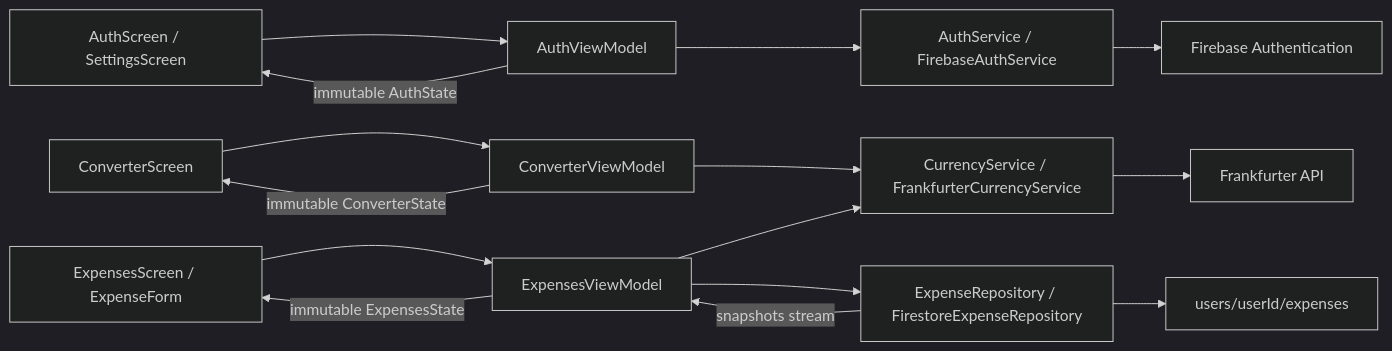
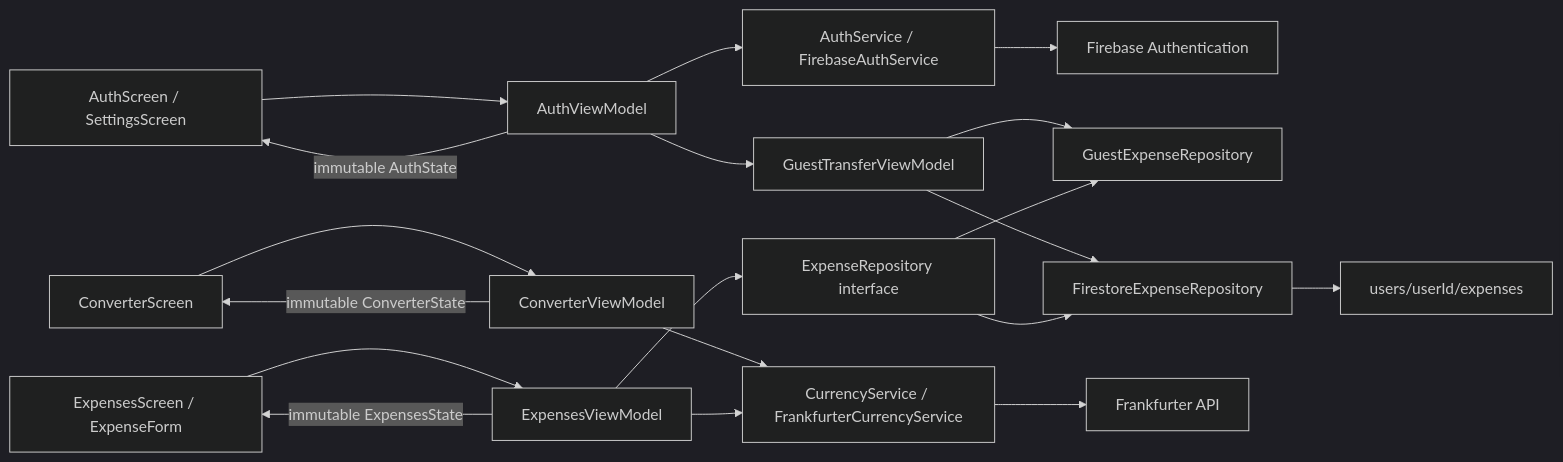
The diagram in README.md (britneylu/mpx-pockit), drawn with Mermaid (dark theme) before and after one commit. The commit also changed other lines of this file, not shown here.

````diff
--- a/README.md
+++ b/README.md
@@ -70,17 +175,21 @@
 ```mermaid
 flowchart LR
   AuthUI[AuthScreen / SettingsScreen] --> AuthVM[AuthViewModel]
   AuthVM -->|immutable AuthState| AuthUI
   AuthVM --> AuthService[AuthService / FirebaseAuthService]
   AuthService --> Auth[Firebase Authentication]
-  View[ConverterScreen] --> VM[ConverterViewModel]
-  VM -->|immutable ConverterState| View
-  VM --> Service[CurrencyService / FrankfurterCurrencyService]
-  Service --> API[Frankfurter API]
+  AuthVM --> Transfer[GuestTransferViewModel]
+  Transfer --> Guest[GuestExpenseRepository]
+  Transfer --> CloudRepo[FirestoreExpenseRepository]
+  Converter[ConverterScreen] --> CVM[ConverterViewModel]
+  CVM -->|immutable ConverterState| Converter
+  CVM --> Currency[CurrencyService / FrankfurterCurrencyService]
+  Currency --> API[Frankfurter API]
   Expenses[ExpensesScreen / ExpenseForm] --> EVM[ExpensesViewModel]
   EVM -->|immutable ExpensesState| Expenses
-  EVM --> Service
-  EVM --> Repository[ExpenseRepository / FirestoreExpenseRepository]
-  Repository -->|snapshots stream| EVM
-  Repository --> Cloud[users/userId/expenses]
+  EVM --> Currency
+  EVM --> Repository[ExpenseRepository interface]
+  Repository --> Guest
+  Repository --> CloudRepo
+  CloudRepo --> Cloud[users/userId/expenses]
 ```
````
